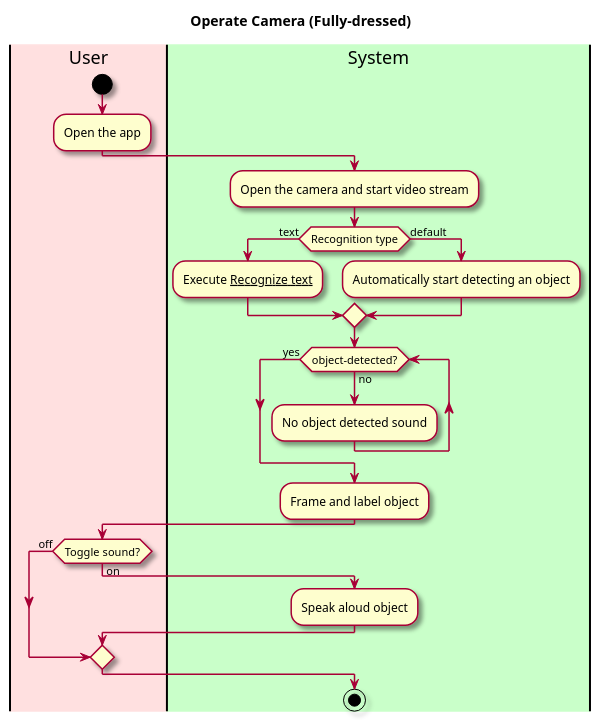
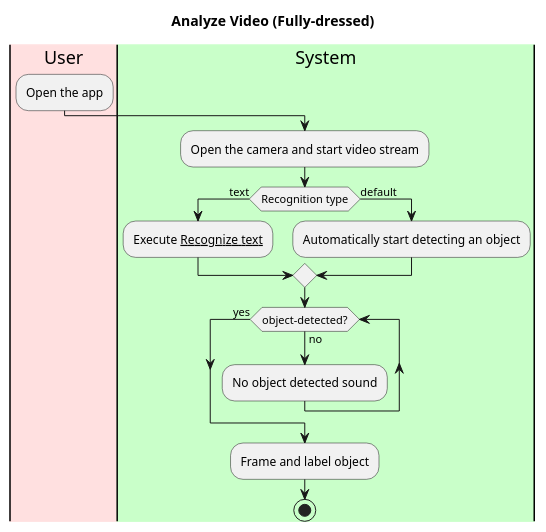
One commit to tonyh1306/OBRE-Vision-through-a-screen changed the first of 2 diagrams in intellij/doc/use-cases/analyze-video.md. Above: the diagram before and after it, drawn with PlantUML. The commit also changed other lines of this file and 6 other files, not shown here.

Commit message:
changed a lot of the documentation trying to include previous feedback and added sequence diagrams. ;0

````diff
--- a/intellij/doc/use-cases/analyze-video.md
+++ b/intellij/doc/use-cases/analyze-video.md
@@ -28,35 +28,24 @@
 ```plantuml
 @startuml
-
-skin rose
-
-title Operate Camera (Fully-dressed)
-
-'define the lanes
+skinparam style rose
+title Analyze Video (Fully-dressed)
 |#implementation|User|
 |#technology|System|
 
 |User|
-start
 :Open the app;
 
 |System|
 :Open the camera and start video stream;
 if (Recognition type) is (text) then
 :Execute __Recognize text__;
 else (default) 
 :Automatically start detecting an object;
 endif 
 while (object-detected?) is (no)
 :No object detected sound;
 endwhile(yes)
 :Frame and label object;
-|User|
-if (Toggle sound?) is (on) then
-|System|
-:Speak aloud object;
-else (off)
-endif
 stop
 @enduml
 ```
````
